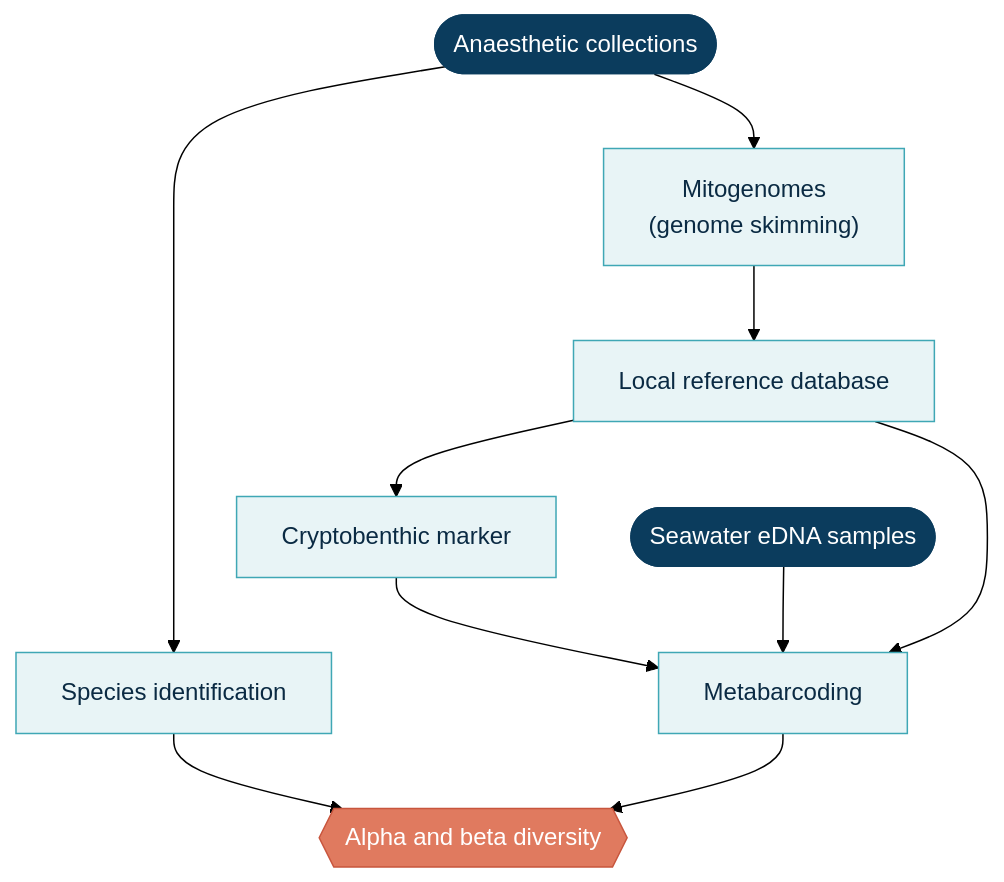
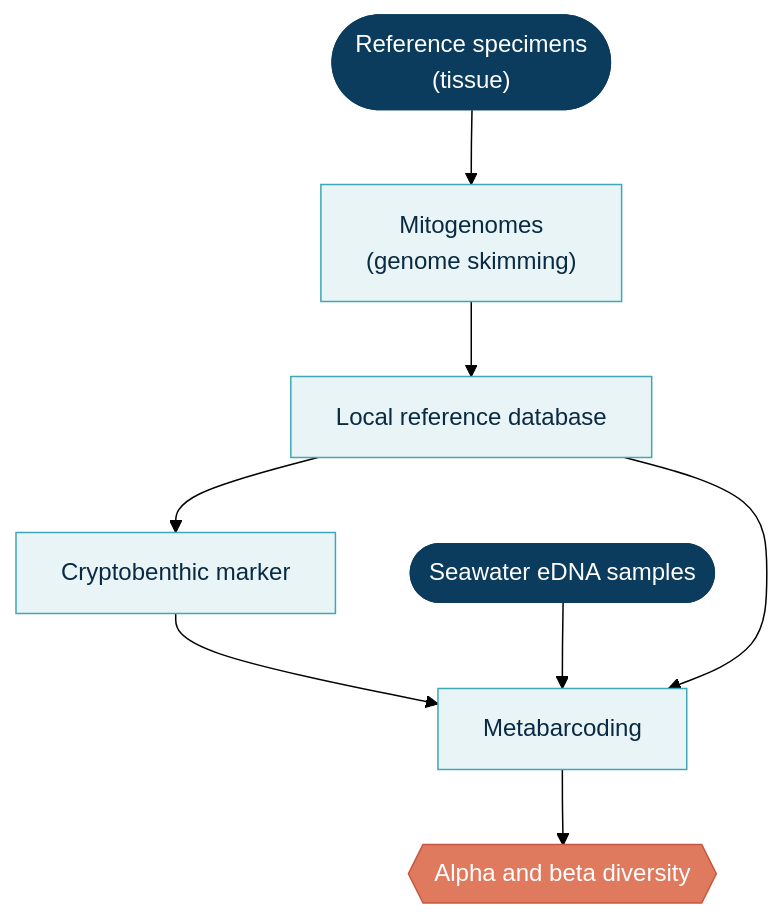
One commit to taniavaldiviac/cryptobenthic-gulf-genomics changed the diagram in README.md. Above: the diagram before and after it, drawn with Mermaid (forest theme). The commit also changed other lines of this file and 3 other files, not shown here.

````diff
--- a/README.md
+++ b/README.md
@@ -49,22 +49,19 @@
 ```mermaid
 flowchart TB
-    A(["Anaesthetic collections"]):::field
+    A(["Reference specimens<br/>(tissue)"]):::field
     B(["Seawater eDNA samples"]):::field
-    C["Species identification"]:::lab
     D["Mitogenomes<br/>(genome skimming)"]:::lab
     F["Local reference database"]:::lab
     M["Cryptobenthic marker"]:::lab
     E["Metabarcoding"]:::lab
     H{{"Alpha and beta diversity"}}:::out
 
-    A --> C
     A --> D --> F --> M --> E
     B --> E
     F --> E
-    C --> H
     E --> H
 
     classDef field fill:#0b3c5d,stroke:#0b3c5d,color:#ffffff
     classDef lab fill:#e8f4f6,stroke:#3fa7b5,color:#0a2a43
     classDef out fill:#e07a5f,stroke:#c8553d,color:#ffffff
 ```
````
